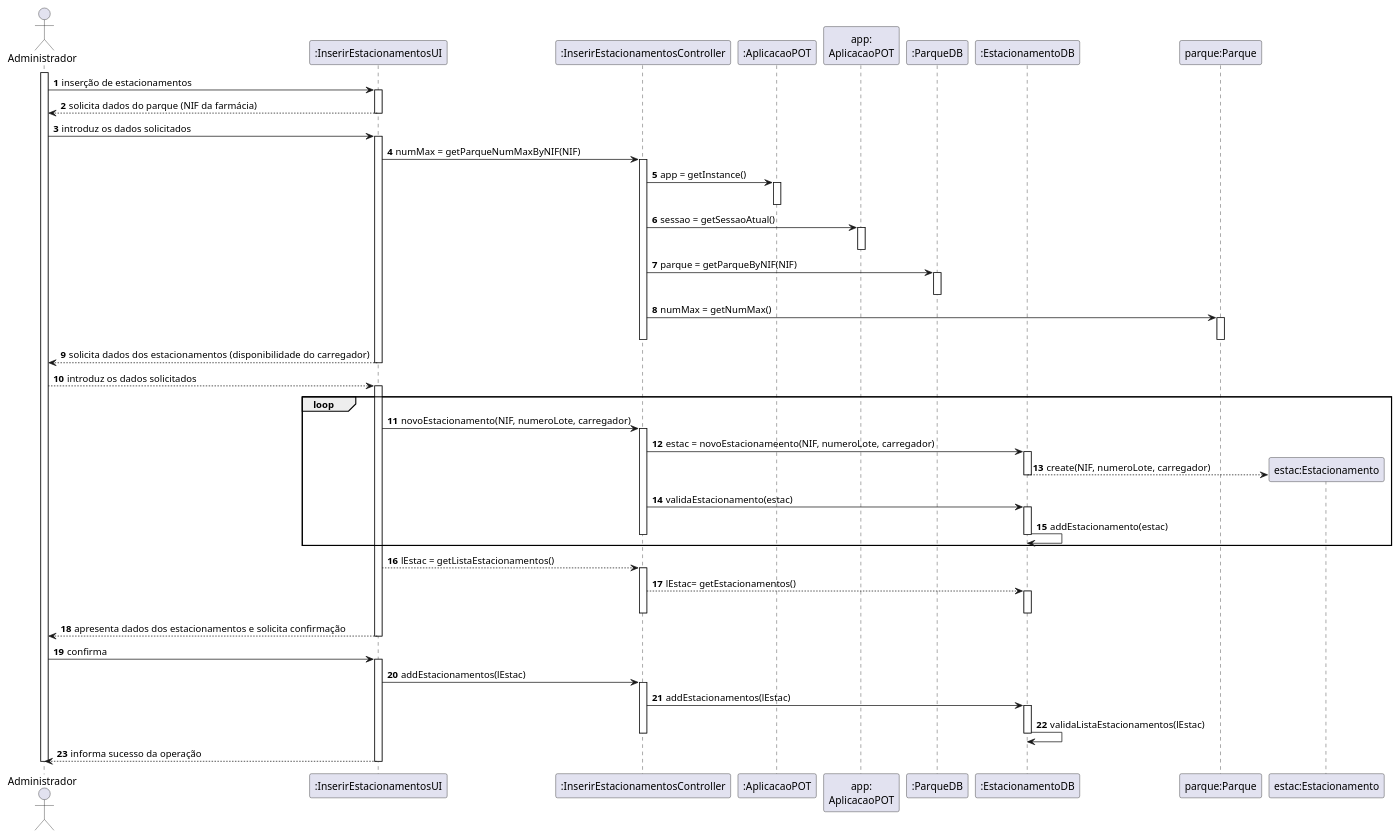
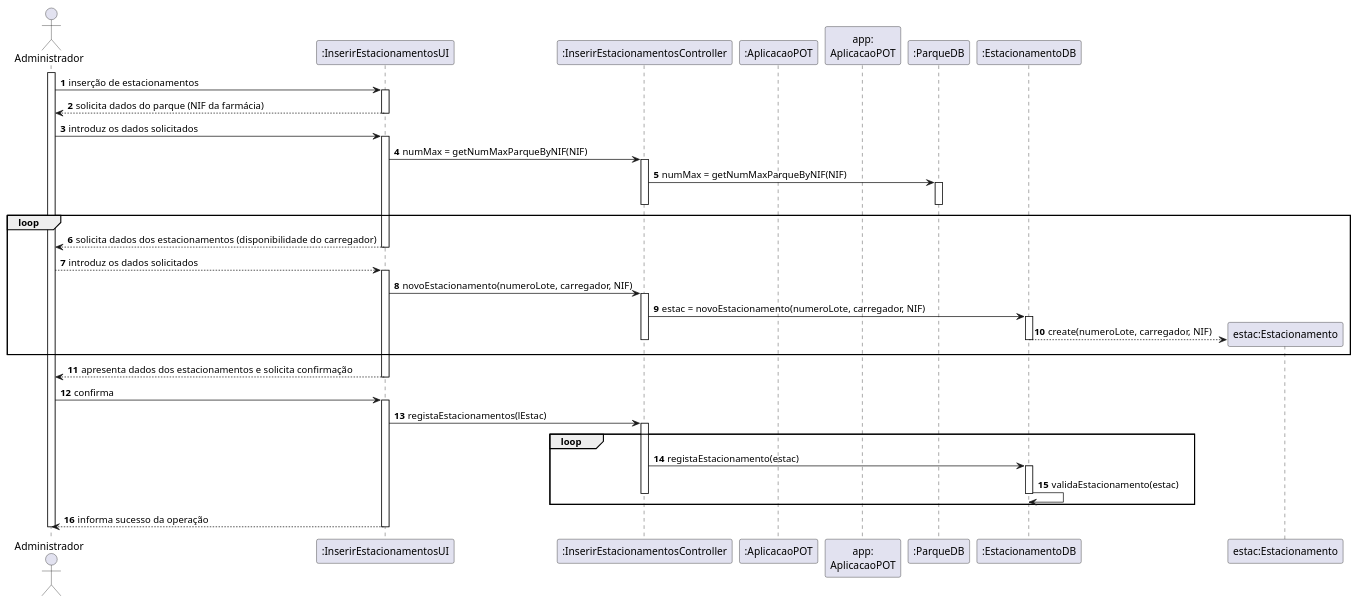
The diagram in docs/UC83/SD-INSERIR ESTACIONAMENTO.puml (pedrolemos4/LAPR3), drawn with PlantUML before and after one commit. The commit also changed 5 other files, not shown here.

```diff
--- a/docs/UC83/SD-INSERIR ESTACIONAMENTO.puml
+++ b/docs/UC83/SD-INSERIR ESTACIONAMENTO.puml
@@ -1,90 +1,67 @@
 @startuml
 autonumber
 
 actor "Administrador" as ADM
 participant ":InserirEstacionamentosUI" as UI
 participant ":InserirEstacionamentosController" as CTL
 participant ":AplicacaoPOT" as _APP
 participant "app:\nAplicacaoPOT" as APP
 participant ":ParqueDB" as PDB
 participant ":EstacionamentoDB" as EDB
-participant "parque:Parque" as PARK
 participant "estac:Estacionamento" as ESTAC
 
 activate ADM
 ADM -> UI : inserção de estacionamentos
 activate UI
 UI --> ADM : solicita dados do parque (NIF da farmácia)
 deactivate UI
 
 ADM -> UI : introduz os dados solicitados
 
 activate UI
-UI -> CTL : numMax = getParqueNumMaxByNIF(NIF)
+UI -> CTL : numMax = getNumMaxParqueByNIF(NIF)
 activate CTL
-CTL -> _APP : app = getInstance()
-activate _APP
-deactivate _APP
-CTL -> APP : sessao = getSessaoAtual()
-activate APP
-deactivate APP
-
-CTL -> PDB : parque = getParqueByNIF(NIF)
+CTL -> PDB : numMax = getNumMaxParqueByNIF(NIF)
 activate PDB
 deactivate PDB
-
-CTL -> PARK : numMax = getNumMax()
-activate PARK
-deactivate PARK
 deactivate CTL
 
+loop
 UI --> ADM : solicita dados dos estacionamentos (disponibilidade do carregador)
 deactivate UI
 
 ADM --> UI : introduz os dados solicitados
 activate UI
 
-loop
-UI -> CTL : novoEstacionamento(NIF, numeroLote, carregador)
+UI -> CTL : novoEstacionamento(numeroLote, carregador, NIF)
 activate CTL
 
-CTL -> EDB: estac = novoEstacionameento(NIF, numeroLote, carregador)
+CTL -> EDB: estac = novoEstacionamento(numeroLote, carregador, NIF)
 activate EDB
 
-EDB --> ESTAC ** : create(NIF, numeroLote, carregador)
+EDB --> ESTAC ** : create(numeroLote, carregador, NIF)
 
 deactivate EDB
-
-CTL -> EDB : validaEstacionamento(estac)
-activate EDB
-EDB -> EDB : addEstacionamento(estac)
-deactivate EDB
-
 deactivate CTL
 end
-
-UI --> CTL : lEstac = getListaEstacionamentos()
-activate CTL
-CTL --> EDB : lEstac= getEstacionamentos()
-activate EDB
-deactivate EDB
-deactivate CTL
 
 UI --> ADM : apresenta dados dos estacionamentos e solicita confirmação
 deactivate UI
 ADM -> UI : confirma
 activate UI
-UI -> CTL : addEstacionamentos(lEstac)
+UI -> CTL : registaEstacionamentos(lEstac)
 
+loop
 activate CTL
-CTL -> EDB :addEstacionamentos(lEstac)
+CTL -> EDB :registaEstacionamento(estac)
 activate EDB
 
-EDB -> EDB : validaListaEstacionamentos(lEstac)
+EDB -> EDB : validaEstacionamento(estac)
 deactivate EDB
 deactivate CTL
+end
 UI --> ADM: informa sucesso da operação
 
 deactivate UI
 deactivate ADM
 @enduml
```
